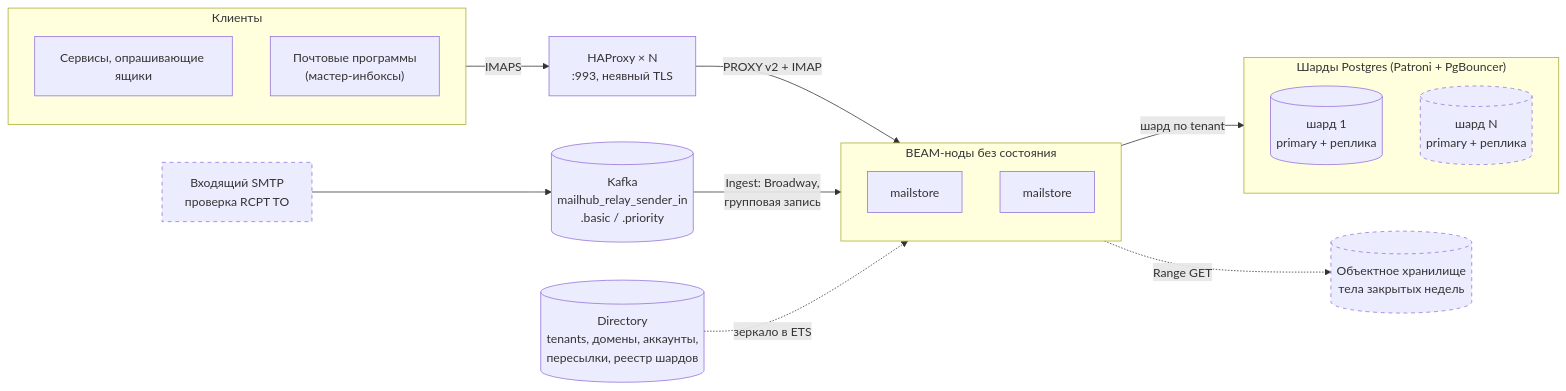
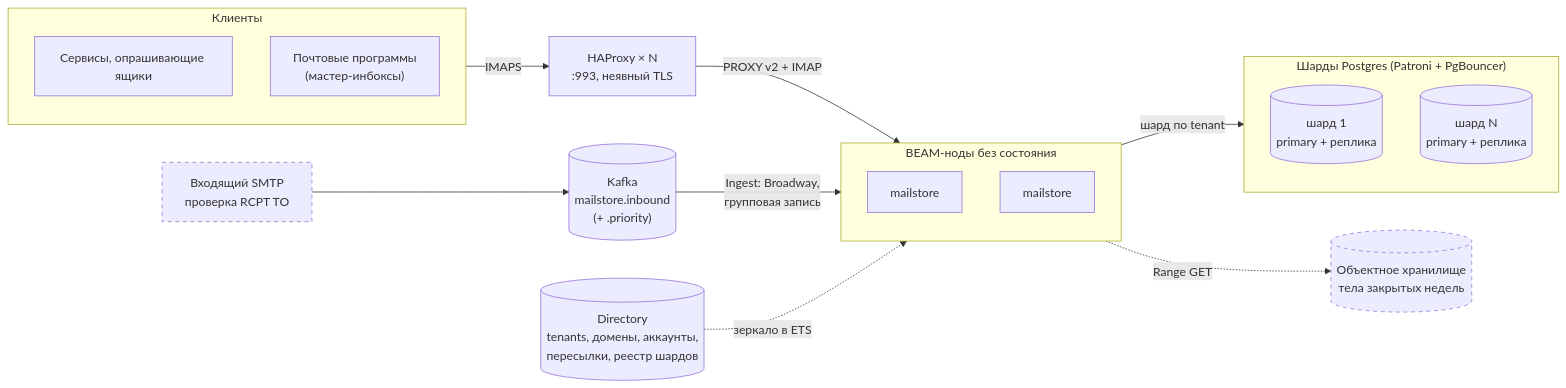
One commit to ichi404gh/mailstore changed the first of 7 diagrams in docs/architecture.md. Above: the diagram before and after it, drawn with Mermaid. The commit also changed other lines of this file and 43 other files, not shown here.

````diff
--- a/docs/architecture.md
+++ b/docs/architecture.md
@@ -17,36 +17,36 @@
 ```mermaid
 flowchart LR
   subgraph clients["Клиенты"]
     poll["Сервисы, опрашивающие ящики"]
     mua["Почтовые программы<br/>(мастер-инбоксы)"]
   end
 
   smtp["Входящий SMTP<br/>проверка RCPT TO"]:::planned
-  queue[("Kafka<br/>mailhub_relay_sender_in<br/>.basic / .priority")]
+  queue[("Kafka<br/>mailstore.inbound<br/>(+ .priority)")]
 
   hap["HAProxy × N<br/>:993, неявный TLS"]
 
   subgraph compute["BEAM-ноды без состояния"]
     n1["mailstore"]
     n2["mailstore"]
   end
 
   dir[("Directory<br/>tenants, домены, аккаунты,<br/>пересылки, реестр шардов")]
 
   subgraph storage["Шарды Postgres (Patroni + PgBouncer)"]
     s1[("шард 1<br/>primary + реплика")]
-    s2[("шард N<br/>primary + реплика")]:::planned
+    s2[("шард N<br/>primary + реплика")]
   end
 
   obj[("Объектное хранилище<br/>тела закрытых недель")]:::planned
 
   clients -->|IMAPS| hap
   hap -->|"PROXY v2 + IMAP"| compute
   smtp --> queue
   queue -->|"Ingest: Broadway,<br/>групповая запись"| compute
   dir -.->|"зеркало в ETS"| compute
   compute -->|"шард по tenant"| storage
   compute -.->|"Range GET"| obj
 
   classDef planned stroke-dasharray: 5 5
 ```
````
